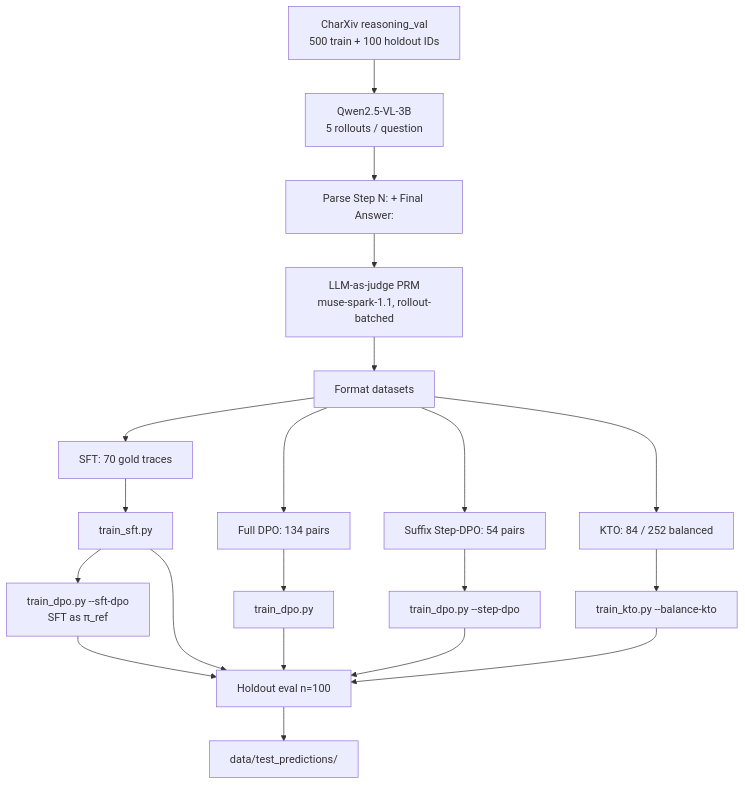
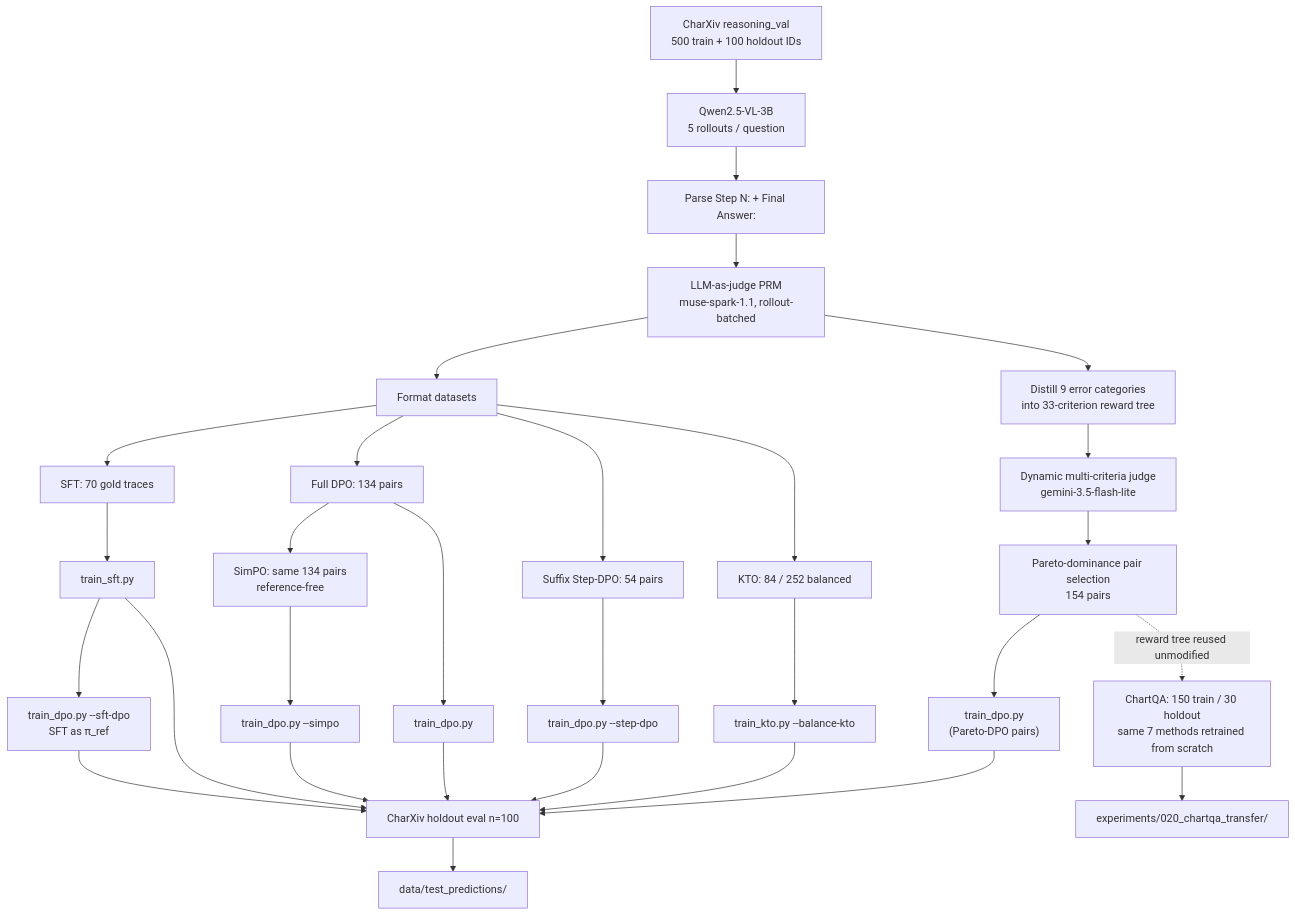
Before and after one commit to yahorlahunovich/chart-prm: the diagram in README.md, drawn with Mermaid. The commit also changed other lines of this file, not shown here.

First line of the commit message:
docs: sync README with DynamicPRM, SimPO, Pareto-DPO, and ChartQA transfer

````diff
--- a/README.md
+++ b/README.md
@@ -73,22 +103,32 @@
 ```mermaid
 flowchart TD
     A["CharXiv reasoning_val<br/>500 train + 100 holdout IDs"] --> B["Qwen2.5-VL-3B<br/>5 rollouts / question"]
     B --> C["Parse Step N: + Final Answer:"]
     C --> D["LLM-as-judge PRM<br/>muse-spark-1.1, rollout-batched"]
     D --> E["Format datasets"]
+    D --> R1["Distill 9 error categories<br/>into 33-criterion reward tree"]
+    R1 --> R2["Dynamic multi-criteria judge<br/>gemini-3.5-flash-lite"]
+    R2 --> R3["Pareto-dominance pair selection<br/>154 pairs"]
     E --> E1["SFT: 70 gold traces"]
     E --> E2["Full DPO: 134 pairs"]
     E --> E3["Suffix Step-DPO: 54 pairs"]
     E --> E4["KTO: 84 / 252 balanced"]
+    E2 --> E6["SimPO: same 134 pairs<br/>reference-free"]
     E1 --> F1["train_sft.py"]
     E2 --> F2["train_dpo.py"]
     E3 --> F3["train_dpo.py --step-dpo"]
     E4 --> F4["train_kto.py --balance-kto"]
+    E6 --> F6["train_dpo.py --simpo"]
+    R3 --> F7["train_dpo.py<br/>(Pareto-DPO pairs)"]
     F1 --> F5["train_dpo.py --sft-dpo<br/>SFT as π_ref"]
-    F1 --> G["Holdout eval n=100"]
+    F1 --> G["CharXiv holdout eval n=100"]
     F2 --> G
     F3 --> G
     F4 --> G
     F5 --> G
+    F6 --> G
+    F7 --> G
     G --> H["data/test_predictions/"]
+    R3 -.reward tree reused unmodified.-> I["ChartQA: 150 train / 30 holdout<br/>same 7 methods retrained from scratch"]
+    I --> J["experiments/020_chartqa_transfer/"]
 ```
````
